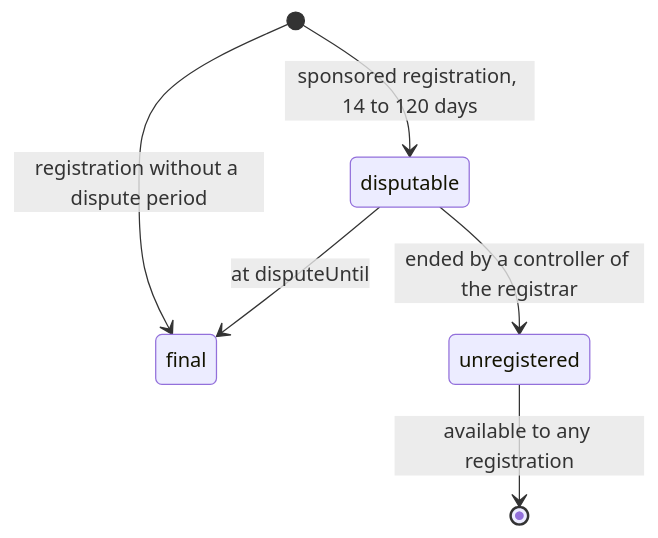
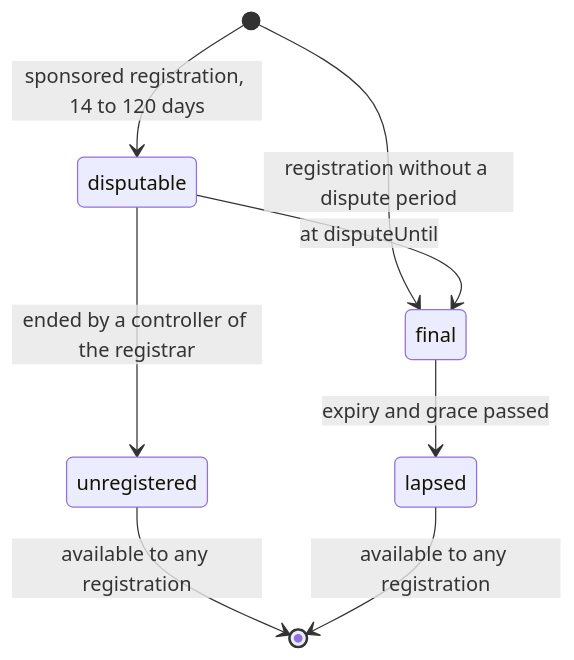
The first of 2 diagrams in plans/2026-11-20-names-dispute-period.md (simplex-chat/simplexmq), drawn with Mermaid before and after one commit. The commit also changed other lines of this file, not shown here.

Commit message:
names, resolver: plan the lapsed state, and an empty answer as unknown

````diff
--- a/plans/2026-11-20-names-dispute-period.md
+++ b/plans/2026-11-20-names-dispute-period.md
@@ -39,8 +39,10 @@
 ```mermaid
 stateDiagram-v2
   [*] --> disputable: sponsored registration, 14 to 120 days
   [*] --> final: registration without a dispute period
   disputable --> final: at disputeUntil
   disputable --> unregistered: ended by a controller of the registrar
+  final --> lapsed: expiry and grace passed
   unregistered --> [*]: available to any registration
+  lapsed --> [*]: available to any registration
 ```
````
